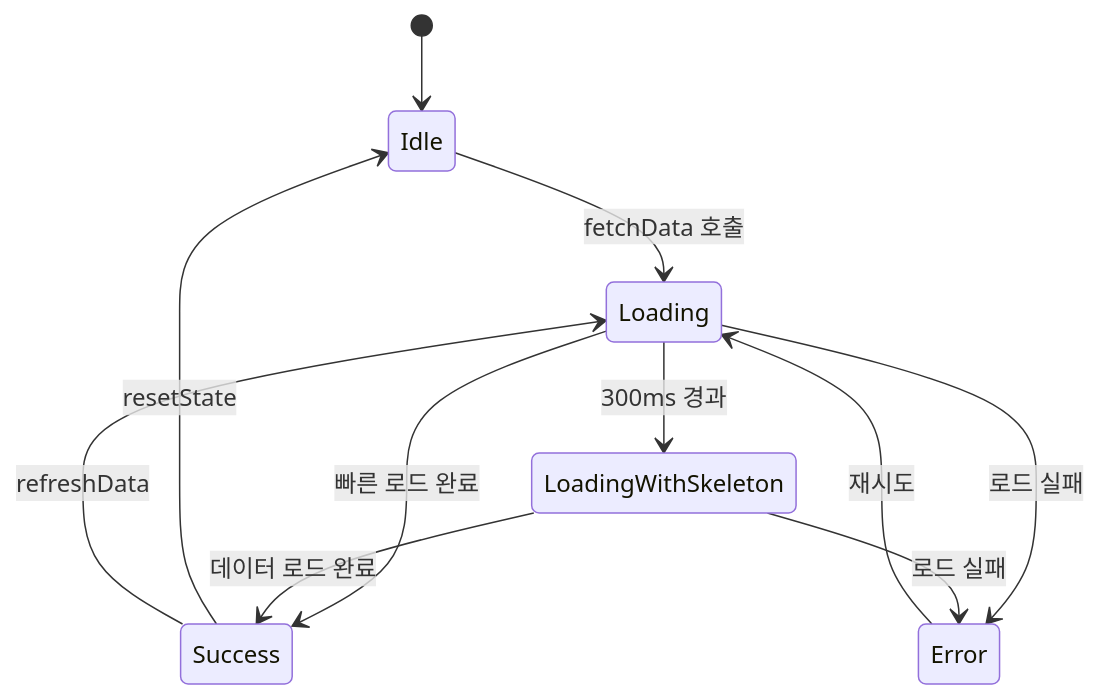
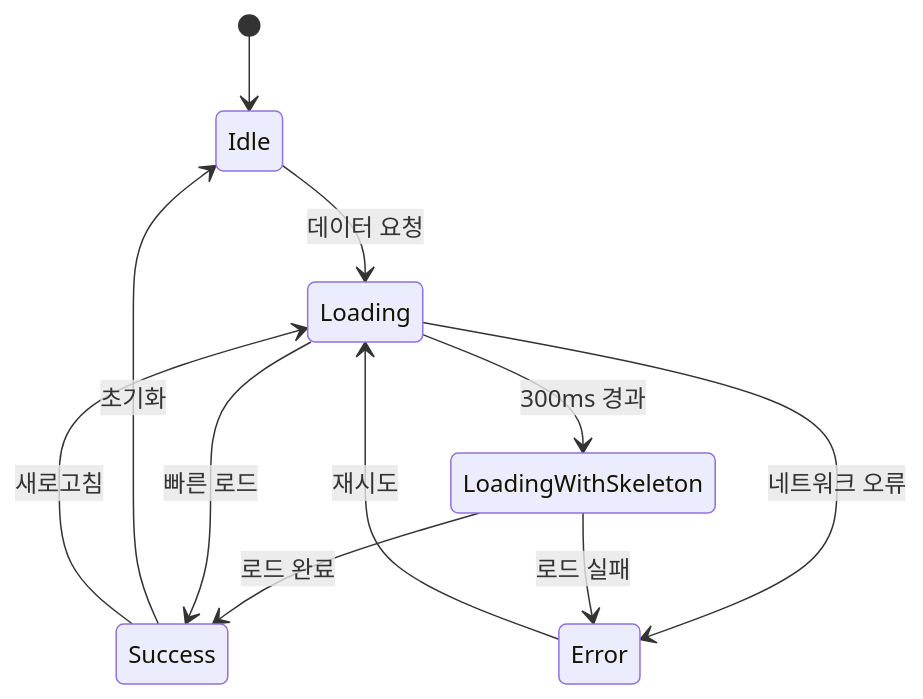
Before and after one commit to Seungwoo321/etorch-docs: the tenth of 14 diagrams in ui-design/user-flows.md, drawn with Mermaid. The commit also changed other lines of this file, not shown here.

````diff
--- a/ui-design/user-flows.md
+++ b/ui-design/user-flows.md
@@ -624,13 +448,13 @@
 ```mermaid
 stateDiagram-v2
     [*] --> Idle
-    Idle --> Loading: fetchData 호출
+    Idle --> Loading: 데이터 요청
     Loading --> LoadingWithSkeleton: 300ms 경과
-    Loading --> Success: 빠른 로드 완료
-    LoadingWithSkeleton --> Success: 데이터 로드 완료
-    Loading --> Error: 로드 실패
+    LoadingWithSkeleton --> Success: 로드 완료
+    Loading --> Success: 빠른 로드
+    Loading --> Error: 네트워크 오류
     LoadingWithSkeleton --> Error: 로드 실패
     Error --> Loading: 재시도
-    Success --> Idle: resetState
-    Success --> Loading: refreshData
+    Success --> Idle: 초기화
+    Success --> Loading: 새로고침
 ```
````
